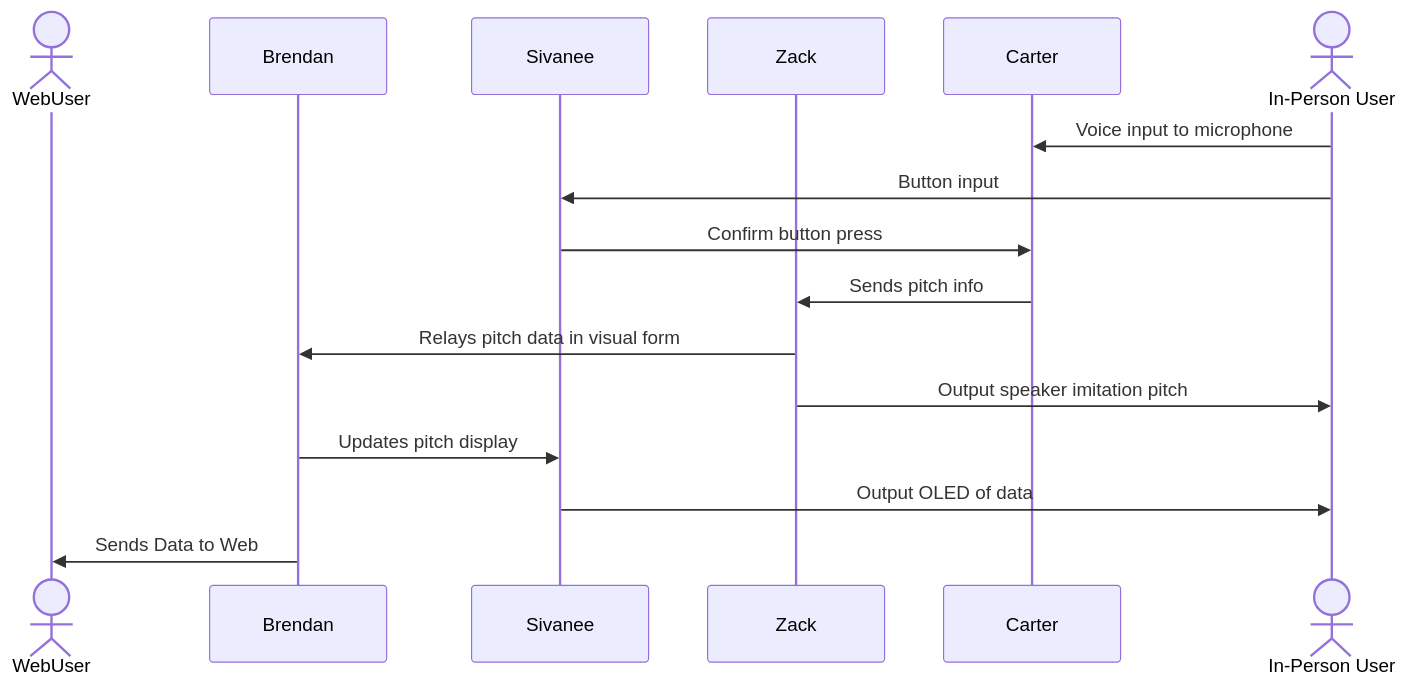
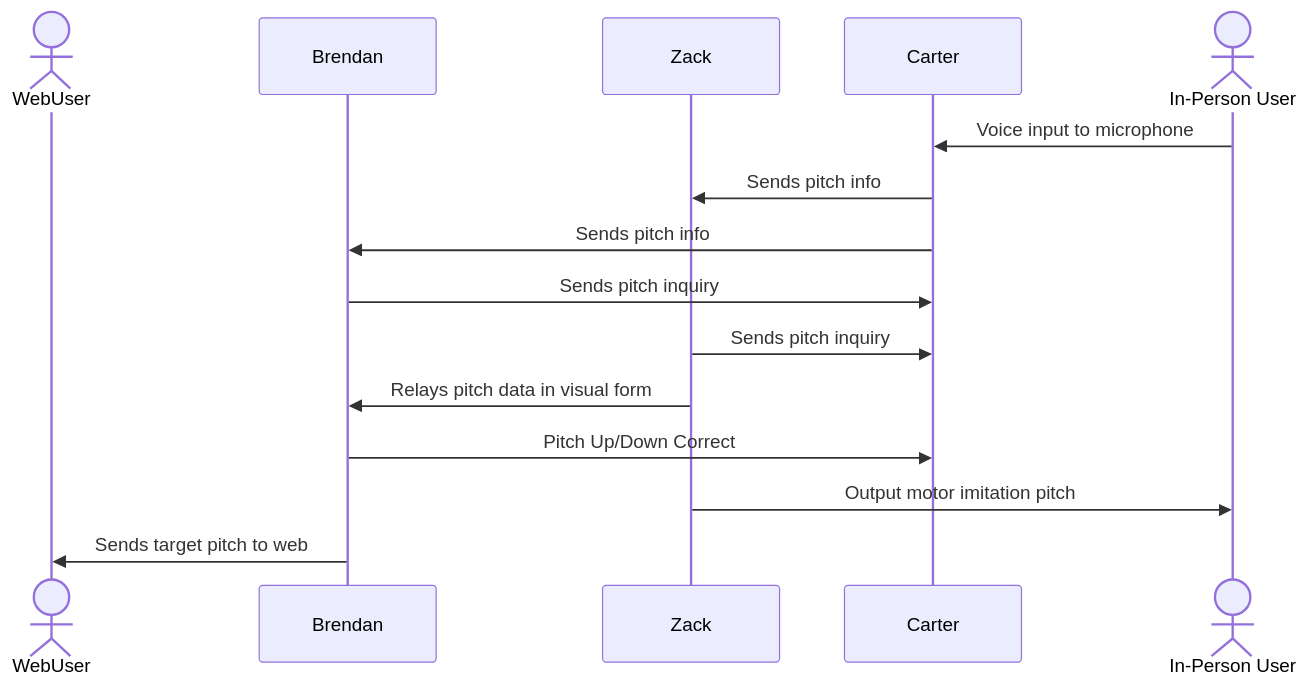
The diagram in docs/Block Diagram, Process Diagram, and Message Structure/Communication_Process.md (EGR314-2025-S-203/Team203.github.io), drawn with Mermaid before and after one commit.

Commit message:
updated communication process

````diff
--- a/docs/Block Diagram, Process Diagram, and Message Structure/Communication_Process.md
+++ b/docs/Block Diagram, Process Diagram, and Message Structure/Communication_Process.md
@@ -6,20 +6,20 @@
 ```mermaid
 
 sequenceDiagram
     actor W as WebUser
     participant Brendan
-    participant Sivanee
     participant Zack
     participant Carter
   actor I as In-Person User
     
     I->>Carter: Voice input to microphone
-    I->>Sivanee: Button input
-    Sivanee->>Carter: Confirm button press
     Carter->>Zack: Sends pitch info
+    Carter->>Brendan: Sends pitch info
+    Brendan ->> Carter: Sends pitch inquiry
+    Zack->>Carter: Sends pitch inquiry
     Zack->>Brendan: Relays pitch data in visual form
-    Zack->>I: Output speaker imitation pitch
-    Brendan->>Sivanee: Updates pitch display
-    Sivanee->>I: Output OLED of data 
-Brendan ->> W: Sends Data to Web
+    Brendan->>Carter: Pitch Up/Down Correct
+    Zack->>I: Output motor imitation pitch
+
+Brendan ->> W: Sends target pitch to web
 ``` 
````
